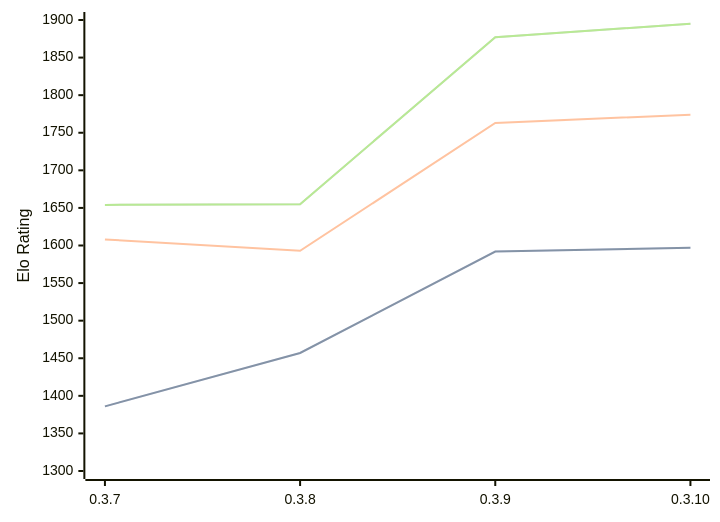
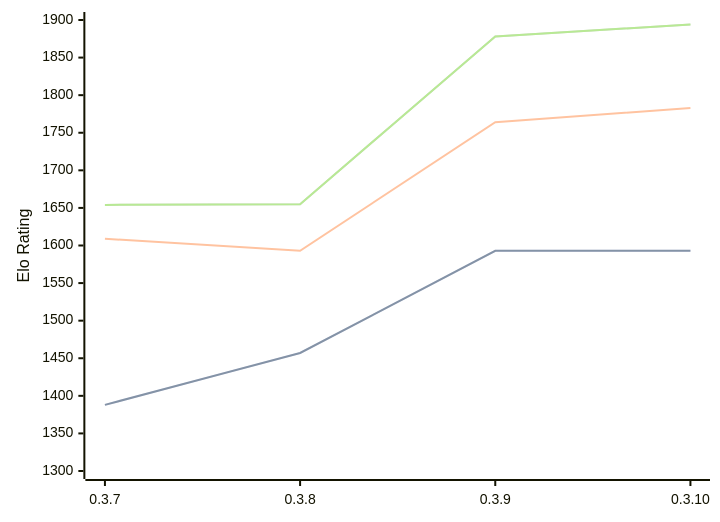
One commit to computer-chess-index/cci changed the diagram in engines/Arche.md. Above: the diagram before and after it, drawn with Mermaid. The commit also changed other lines of this file, not shown here.

Commit message:
Update CCI Ratings (ELO VLTC) - 2026-08-26

````diff
--- a/engines/Arche.md
+++ b/engines/Arche.md
@@ -34,11 +34,11 @@
 ```mermaid
 %%{init: {"theme":"base","themeVariables":{"seriesColors:['#a3a3a3','#222221','#faa371']}}}%%
 xychart-beta
   x-axis ["0.3.7", "0.3.8", "0.3.9", "0.3.10"]
   y-axis "Elo Rating" 1300 --> 1900
-  line "STC (8.0+0.08s)" [1386, 1457, 1592, 1597]
-  line "STC (8.0+0.08s)" [1386, 1457, 1592, 1597]
-  line "LTC (60.0+0.60s)" [1608, 1593, 1763, 1774]
-  line "VLTC (2m24s+1.12s)" [1654, 1655, 1877, 1895]
-  line "VLTC (2m24s+1.12s)" [1654, 1655, 1877, 1895]
+  line "STC (8.0+0.08s)" [1388, 1457, 1593, 1593]
+  line "STC (8.0+0.08s)" [1388, 1457, 1593, 1593]
+  line "LTC (60.0+0.60s)" [1609, 1593, 1764, 1783]
+  line "VLTC (2m24s+1.12s)" [1654, 1655, 1878, 1894]
+  line "VLTC (2m24s+1.12s)" [1654, 1655, 1878, 1894]
 ```
````
